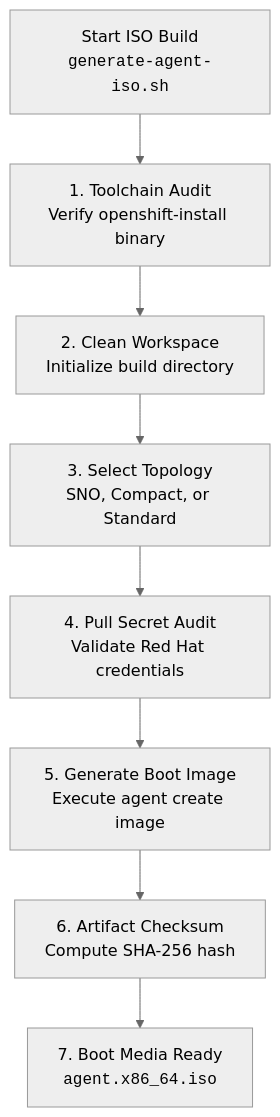
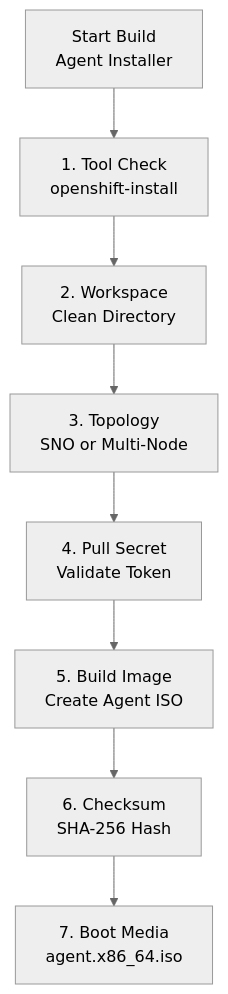
One commit to nubenetes/openshift-4-20-installation-day0-day2 changed the third of 6 diagrams in scripts/README.md. Above: the diagram before and after it, drawn with Mermaid (neutral theme). The commit also changed other lines of this file, not shown here.

Commit message:
fix(docs): resolve text overflow in mermaid boxes by shortening line lengths and adding ascii companion diagrams

````diff
--- a/scripts/README.md
+++ b/scripts/README.md
@@ -203,10 +230,10 @@
 ```mermaid
 flowchart TD
-    A["Start ISO Build<br/><code>generate-agent-iso.sh</code>"] --> B["1. Toolchain Audit<br/>Verify openshift-install binary"]
-    B --> C["2. Clean Workspace<br/>Initialize build directory"]
-    C --> D["3. Select Topology<br/>SNO, Compact, or Standard"]
-    D --> E["4. Pull Secret Audit<br/>Validate Red Hat credentials"]
-    E --> F["5. Generate Boot Image<br/>Execute agent create image"]
-    F --> G["6. Artifact Checksum<br/>Compute SHA-256 hash"]
-    G --> H["7. Boot Media Ready<br/><code>agent.x86_64.iso</code>"]
+    A["Start Build<br/>Agent Installer"] --> B["1. Tool Check<br/>openshift-install"]
+    B --> C["2. Workspace<br/>Clean Directory"]
+    C --> D["3. Topology<br/>SNO or Multi-Node"]
+    D --> E["4. Pull Secret<br/>Validate Token"]
+    E --> F["5. Build Image<br/>Create Agent ISO"]
+    F --> G["6. Checksum<br/>SHA-256 Hash"]
+    G --> H["7. Boot Media<br/>agent.x86_64.iso"]
 ```
````
